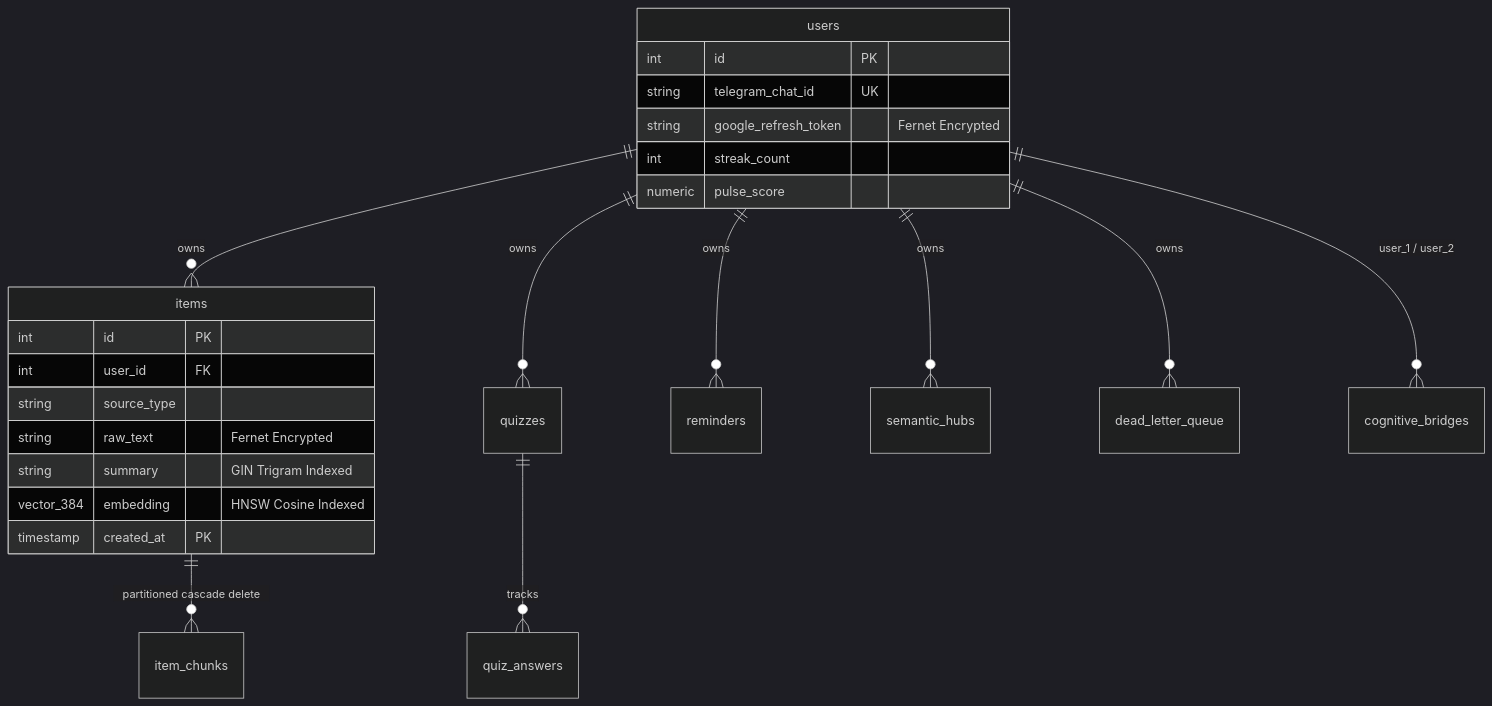
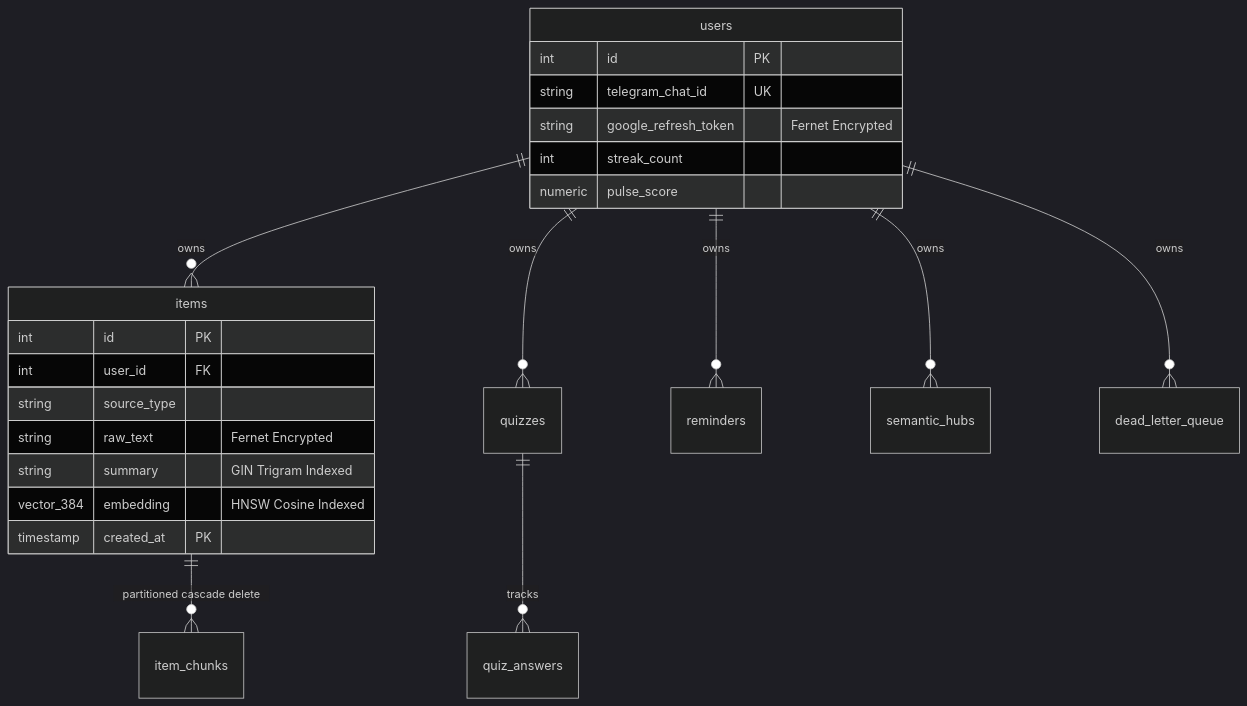
The third of 3 diagrams in docs/DIAGRAMS.md (PriyanshuG27/Recall), drawn with Mermaid (dark theme) before and after one commit. The commit also changed other lines of this file and 42 other files, not shown here.

````diff
--- a/docs/DIAGRAMS.md
+++ b/docs/DIAGRAMS.md
@@ -136,29 +133,28 @@
 ```mermaid
 erDiagram
     users ||--o{ items : "owns"
     users ||--o{ quizzes : "owns"
     users ||--o{ reminders : "owns"
     users ||--o{ semantic_hubs : "owns"
     users ||--o{ dead_letter_queue : "owns"
-    users ||--o{ cognitive_bridges : "user_1 / user_2"
     items ||--o{ item_chunks : "partitioned cascade delete"
     quizzes ||--o{ quiz_answers : "tracks"
 
     users {
         int id PK
         string telegram_chat_id UK
         string google_refresh_token "Fernet Encrypted"
         int streak_count
         numeric pulse_score
     }
 
     items {
         int id PK
         int user_id FK
         string source_type
         string raw_text "Fernet Encrypted"
         string summary "GIN Trigram Indexed"
         vector_384 embedding "HNSW Cosine Indexed"
         timestamp created_at PK
     }
 ```
````
